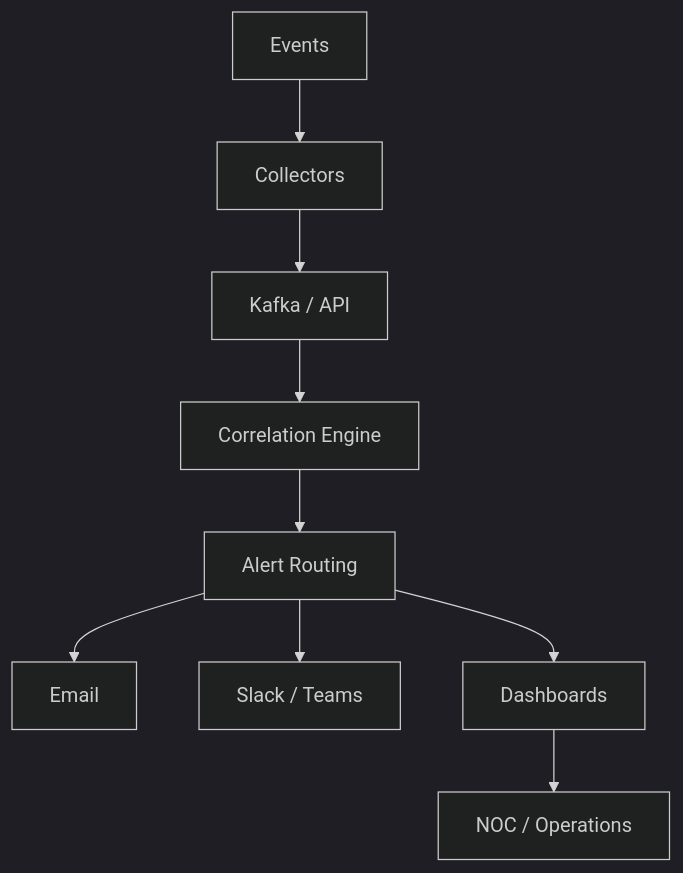
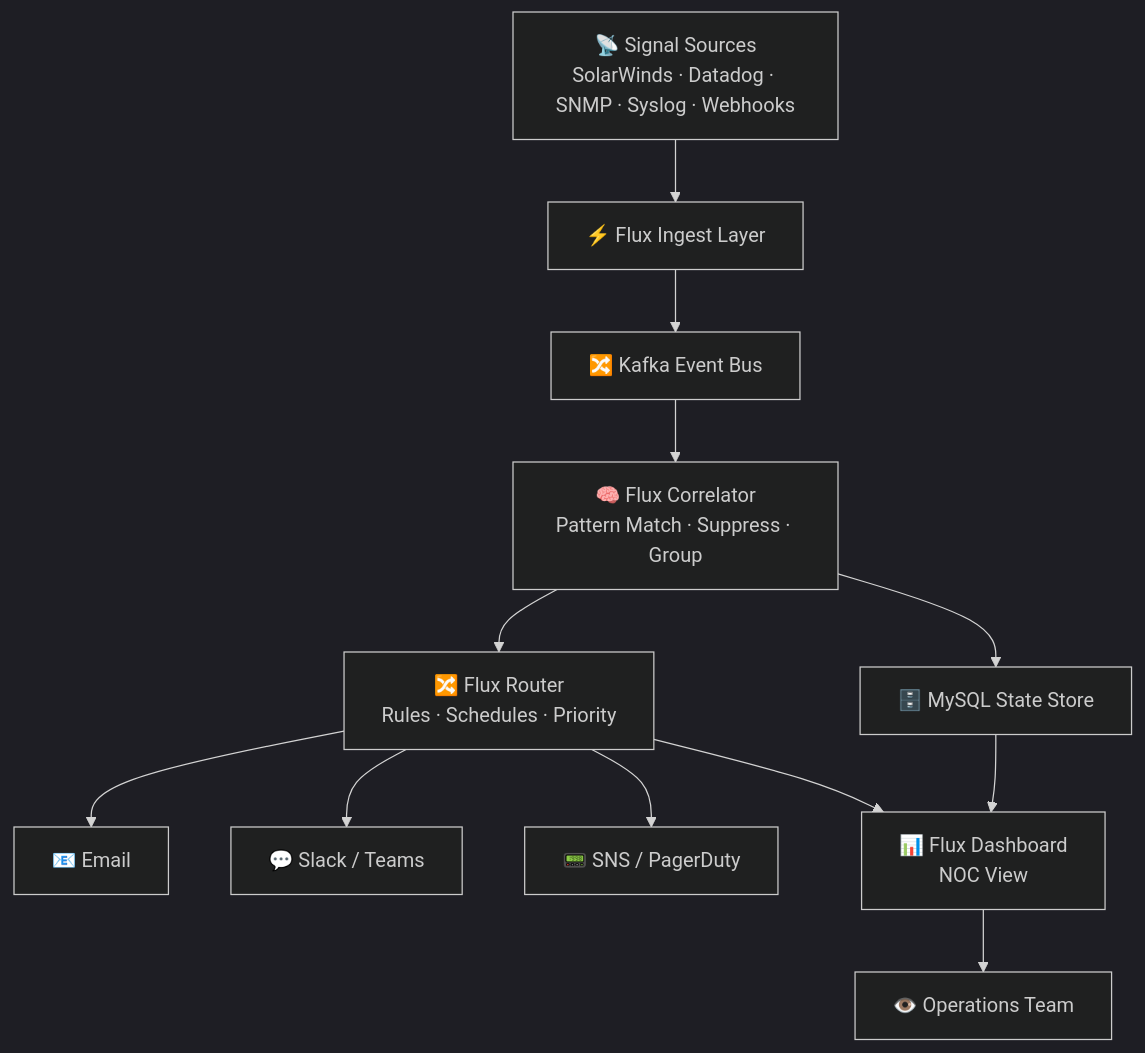
The diagram in README.md (rc01820/rc01820), drawn with Mermaid (dark theme) before and after one commit. The commit also changed other lines of this file, not shown here.

````diff
--- a/README.md
+++ b/README.md
@@ -216,11 +239,14 @@
 ```mermaid
 graph TD
-    A[Events] --> B[Collectors]
-    B --> C[Kafka / API]
-    C --> D[Correlation Engine]
-    D --> E[Alert Routing]
-    E --> F[Email]
-    E --> G[Slack / Teams]
-    E --> H[Dashboards]
-    H --> I[NOC / Operations]
+    A[📡 Signal Sources<br/>SolarWinds · Datadog · SNMP · Syslog · Webhooks] --> B[⚡ Flux Ingest Layer]
+    B --> C[🔀 Kafka Event Bus]
+    C --> D[🧠 Flux Correlator<br/>Pattern Match · Suppress · Group]
+    D --> E[🗄️ MySQL State Store]
+    D --> F[🔀 Flux Router<br/>Rules · Schedules · Priority]
+    F --> G[📧 Email]
+    F --> H[💬 Slack / Teams]
+    F --> I[📟 SNS / PagerDuty]
+    F --> J[📊 Flux Dashboard<br/>NOC View]
+    J --> K[👁️ Operations Team]
+    E --> J
 ```
````
